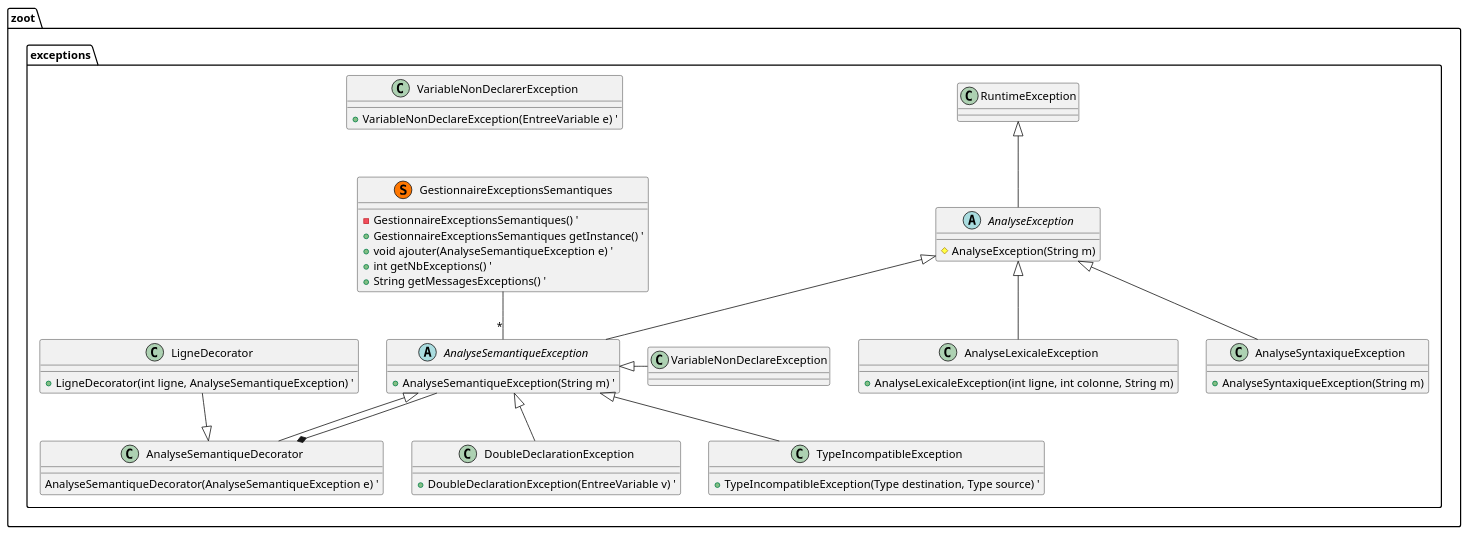
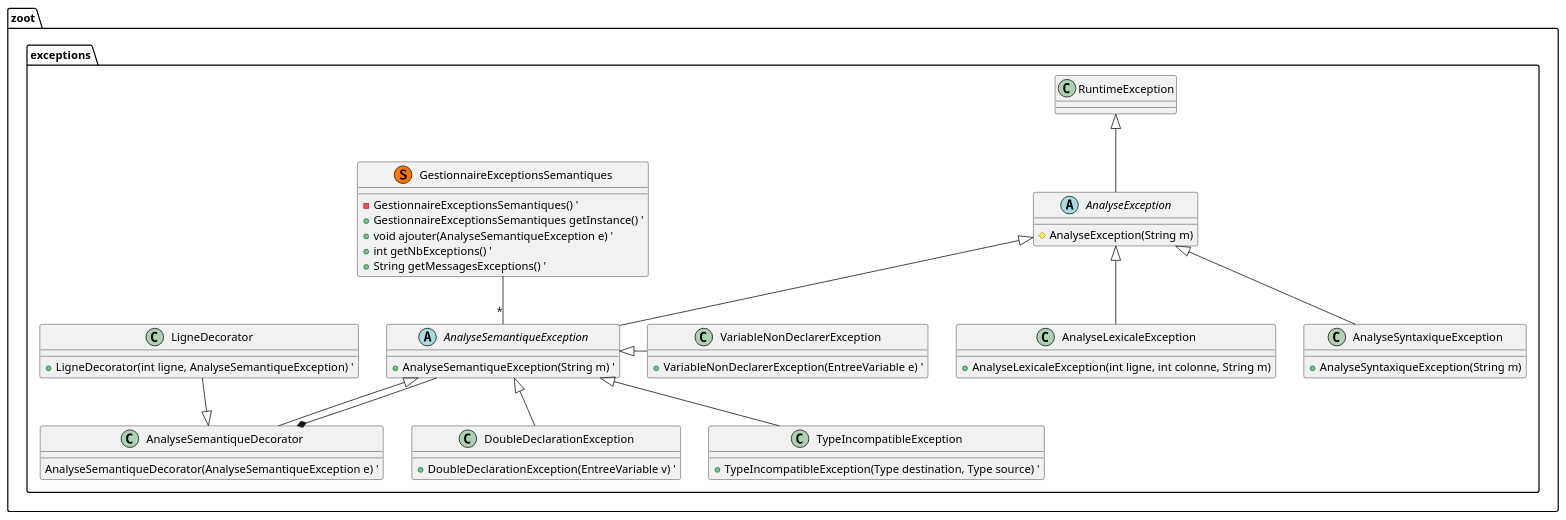
One commit to lmtb06/zoot changed the diagram in diagrammes/classe/exceptions.puml. Above: the diagram before and after it, drawn with PlantUML.

Commit message:
Mise à jour des diagrammes de classes: + Correction typos

```diff
--- a/diagrammes/classe/exceptions.puml
+++ b/diagrammes/classe/exceptions.puml
@@ -1,63 +1,63 @@
 @startuml "Package exceptions"
 
 namespace zoot.exceptions {
     ' Includes
     ' Classes
     abstract class AnalyseException {
         # AnalyseException(String m)
     }
 
     class AnalyseLexicaleException {
         + AnalyseLexicaleException(int ligne, int colonne, String m)
     }
 
     class AnalyseSyntaxiqueException {
         + AnalyseSyntaxiqueException(String m)
     }
 
     abstract class AnalyseSemantiqueException {
         + AnalyseSemantiqueException(String m) '
     }
 
     class GestionnaireExceptionsSemantiques << (S,#FF7700) >> {
         - GestionnaireExceptionsSemantiques() '
         + GestionnaireExceptionsSemantiques getInstance() '
         + void ajouter(AnalyseSemantiqueException e) '
         + int getNbExceptions() '
         + String getMessagesExceptions() '
     }
 
     class AnalyseSemantiqueDecorator {
         AnalyseSemantiqueDecorator(AnalyseSemantiqueException e) '
     }
 
     class DoubleDeclarationException {
         + DoubleDeclarationException(EntreeVariable v) '
     }
 
     class TypeIncompatibleException {
         + TypeIncompatibleException(Type destination, Type source) '
     }
 
     class VariableNonDeclarerException {
-        + VariableNonDeclareException(EntreeVariable e) '
+        + VariableNonDeclarerException(EntreeVariable e) '
     }
 
     class LigneDecorator {
         + LigneDecorator(int ligne, AnalyseSemantiqueException) '
     }
 
     ' Relations entre les classes
     AnalyseException -up-|> RuntimeException
     AnalyseLexicaleException -up-|> AnalyseException
     AnalyseSyntaxiqueException -up-|> AnalyseException
     AnalyseSemantiqueException -up-|> AnalyseException
     AnalyseSemantiqueDecorator -up-|> AnalyseSemantiqueException
     AnalyseSemantiqueDecorator *-- AnalyseSemantiqueException
     DoubleDeclarationException -up-|> AnalyseSemantiqueException
     TypeIncompatibleException -up-|> AnalyseSemantiqueException
-    VariableNonDeclareException -left-|> AnalyseSemantiqueException
+    VariableNonDeclarerException -left-|> AnalyseSemantiqueException
     LigneDecorator --|> AnalyseSemantiqueDecorator
     GestionnaireExceptionsSemantiques -down-"*" AnalyseSemantiqueException
 }
 @enduml
```
